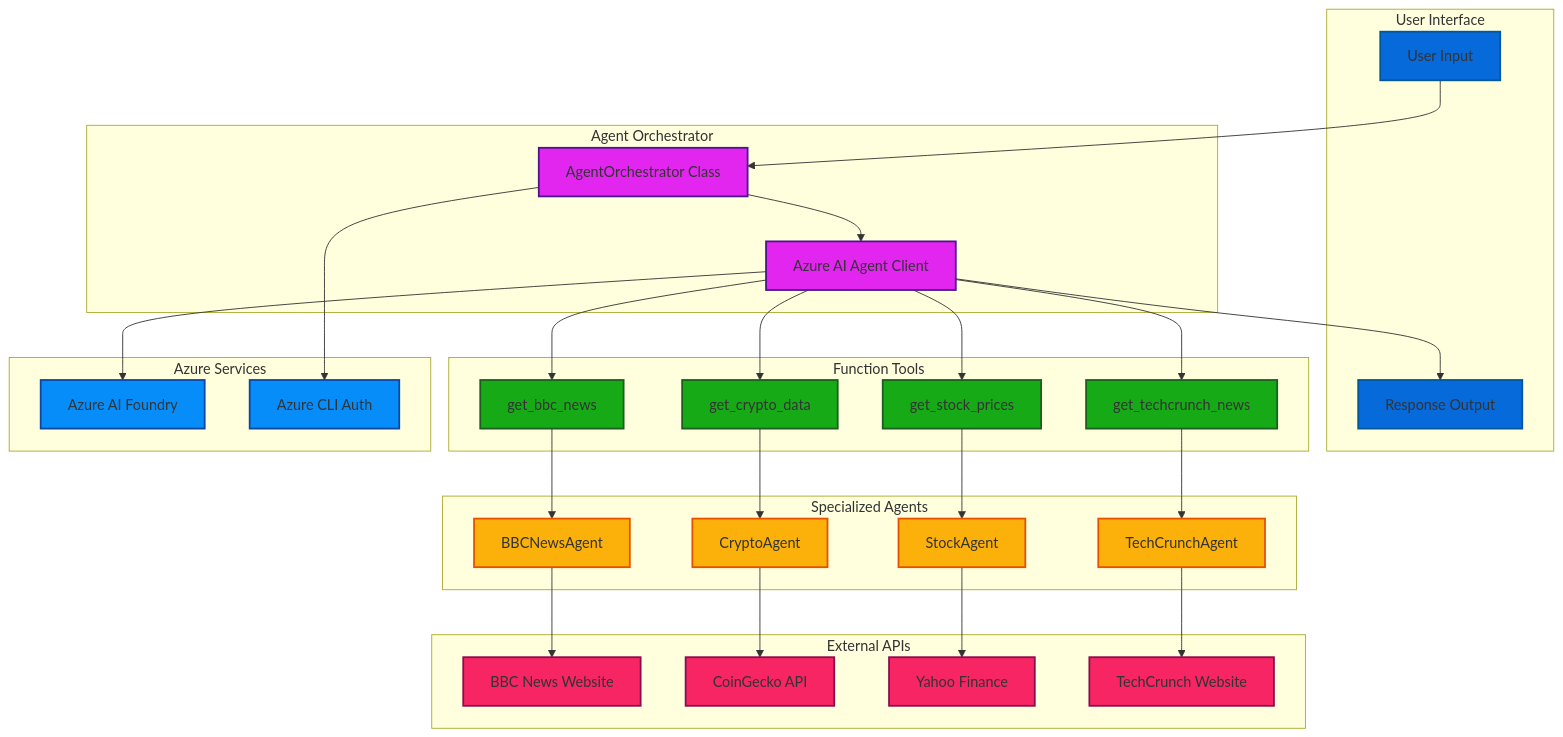
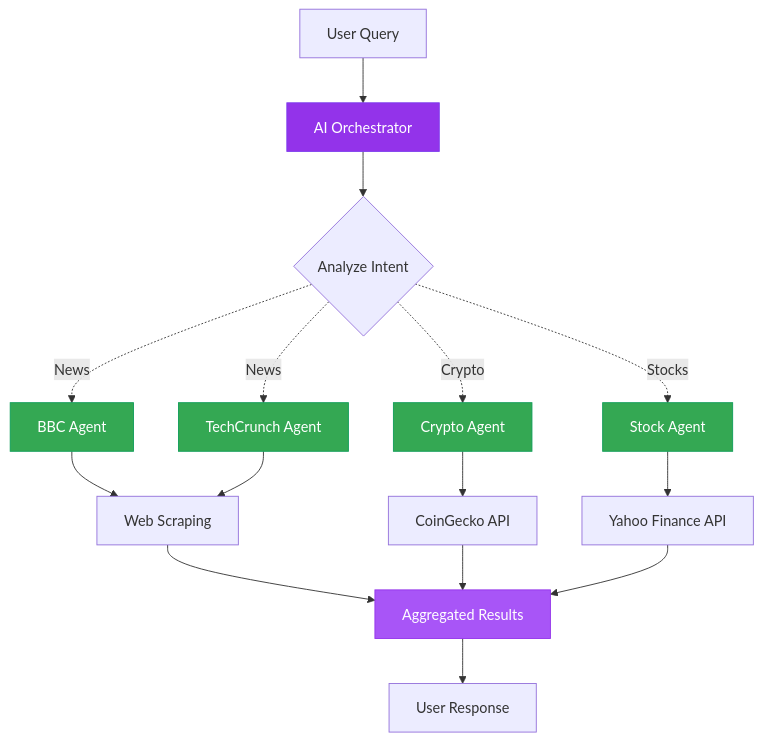
One commit to khanasif1/demo-microsoft-agent-framework changed the diagram in _src/useEntra/agentTools/README.md. Above: the diagram before and after it, drawn with Mermaid. The commit also changed other lines of this file and 5 other files, not shown here.

````diff
--- a/_src/useEntra/agentTools/README.md
+++ b/_src/useEntra/agentTools/README.md
@@ -7,74 +9,26 @@
 ```mermaid
 graph TB
-    subgraph "User Interface"
-        UI[User Input]
-        OUT[Response Output]
-    end
+    A[User Query] --> B[AI Orchestrator]
+    B --> C{Analyze Intent}
+    C -.->|News| D[BBC Agent]
+    C -.->|News| E[TechCrunch Agent]
+    C -.->|Crypto| F[Crypto Agent]
+    C -.->|Stocks| G[Stock Agent]
     
-    subgraph "Agent Orchestrator"
-        ORCH[AgentOrchestrator Class]
-        AI[Azure AI Agent Client]
-    end
+    D --> H[Web Scraping]
+    E --> H
+    F --> I[CoinGecko API]
+    G --> J[Yahoo Finance API]
     
-    subgraph "Function Tools"
-        BBC[get_bbc_news]
-        CRYPTO[get_crypto_data]
-        STOCK[get_stock_prices]
-        TECH[get_techcrunch_news]
-    end
+    H --> K[Aggregated Results]
+    I --> K
+    J --> K
+    K --> L[User Response]
     
-    subgraph "Specialized Agents"
-        BBCAGENT[BBCNewsAgent]
-        CRYPTOAGENT[CryptoAgent]
-        STOCKAGENT[StockAgent]
-        TECHAGENT[TechCrunchAgent]
-    end
-    
-    subgraph "External APIs"
-        BBCAPI[BBC News Website]
-        COINAPI[CoinGecko API]
-        YAHOOAPI[Yahoo Finance]
-        TECHAPI[TechCrunch Website]
-    end
-    
-    subgraph "Azure Services"
-        AZAI[Azure AI Foundry]
-        AUTH[Azure CLI Auth]
-    end
-    
-    UI --> ORCH
-    ORCH --> AI
-    AI --> BBC
-    AI --> CRYPTO
-    AI --> STOCK
-    AI --> TECH
-    
-    BBC --> BBCAGENT
-    CRYPTO --> CRYPTOAGENT
-    STOCK --> STOCKAGENT
-    TECH --> TECHAGENT
-    
-    BBCAGENT --> BBCAPI
-    CRYPTOAGENT --> COINAPI
-    STOCKAGENT --> YAHOOAPI
-    TECHAGENT --> TECHAPI
-    
-    AI --> AZAI
-    ORCH --> AUTH
-    
-    AI --> OUT
-    
-    classDef userClass fill:#076adb,stroke:#01579b,stroke-width:2px
-    classDef orchestratorClass fill:#e226f0,stroke:#4a148c,stroke-width:2px
-    classDef toolClass fill:#16ab16,stroke:#1b5e20,stroke-width:2px
-    classDef agentClass fill:#fcb00a,stroke:#e65100,stroke-width:2px
-    classDef apiClass fill:#f72564,stroke:#880e4f,stroke-width:2px
-    classDef azureClass fill:#078dfa,stroke:#0d47a1,stroke-width:2px
-    
-    class UI,OUT userClass
-    class ORCH,AI orchestratorClass
-    class BBC,CRYPTO,STOCK,TECH toolClass
-    class BBCAGENT,CRYPTOAGENT,STOCKAGENT,TECHAGENT agentClass
-    class BBCAPI,COINAPI,YAHOOAPI,TECHAPI apiClass
-    class AZAI,AUTH azureClass
+    style B fill:#9333EA,stroke:#7C3AED,color:#fff
+    style D fill:#34a853,stroke:#0f9d58,color:#fff
+    style E fill:#34a853,stroke:#0f9d58,color:#fff
+    style F fill:#34a853,stroke:#0f9d58,color:#fff
+    style G fill:#34a853,stroke:#0f9d58,color:#fff
+    style K fill:#A855F7,stroke:#9333EA,color:#fff
 ```
````
